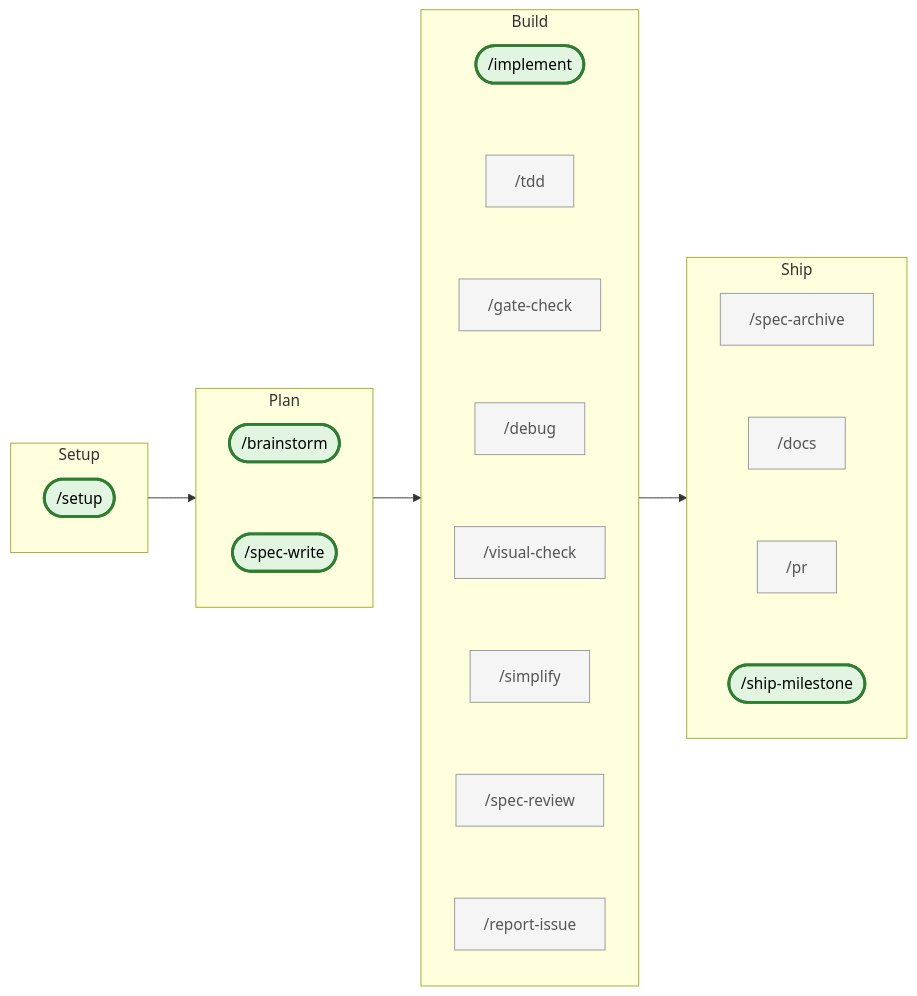
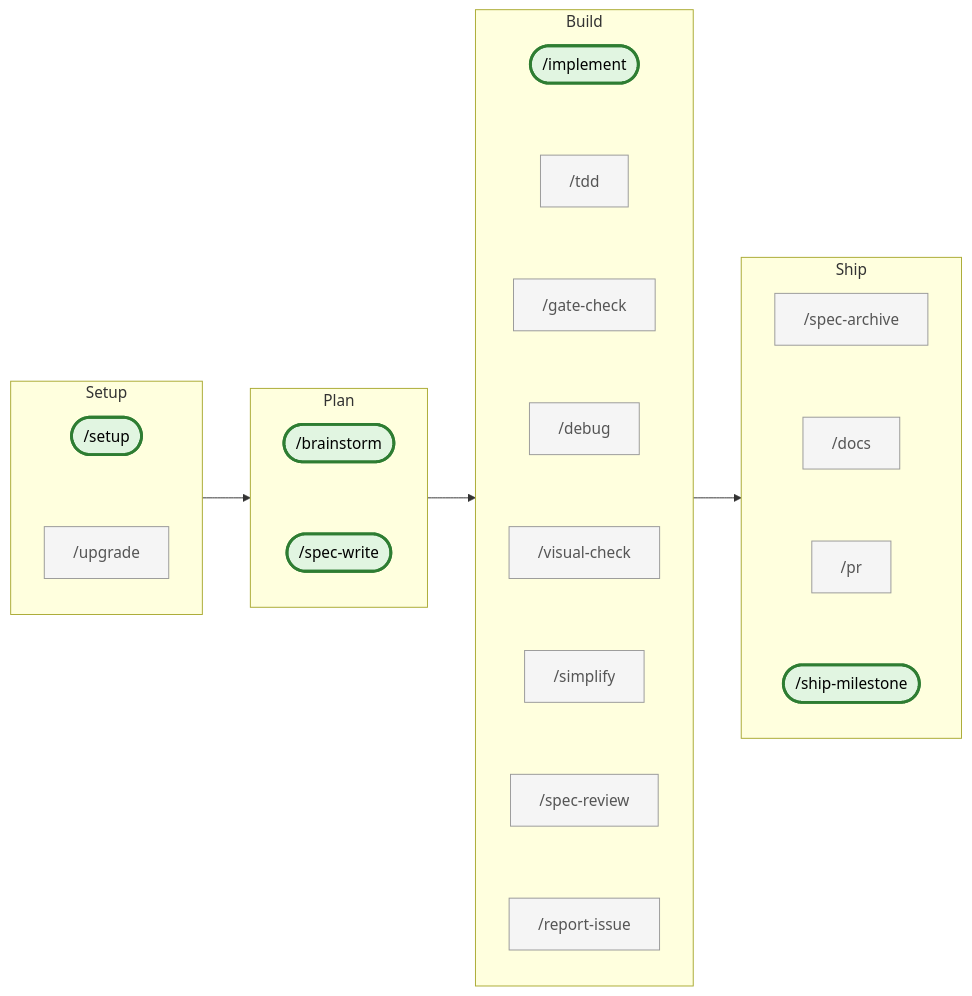
Before and after one commit to nesquikm/dev-process-toolkit: the diagram in README.md, drawn with Mermaid. The commit also changed other lines of this file and 33 other files, not shown here.

````diff
--- a/README.md
+++ b/README.md
@@ -58,46 +62,48 @@
 ```mermaid
 flowchart LR
     classDef spine fill:#e1f5e1,stroke:#2e7d32,stroke-width:3px,color:#000
     classDef secondary fill:#f5f5f5,stroke:#999,stroke-width:1px,color:#555
     subgraph Setup
         direction TB
         setup(["/setup"]):::spine
+        upgrade["/upgrade"]:::secondary
+        setup ~~~ upgrade
     end
     subgraph Plan
         direction TB
         brainstorm(["/brainstorm"]):::spine
         spec_write(["/spec-write"]):::spine
         brainstorm ~~~ spec_write
     end
     subgraph Build
         direction TB
         implement(["/implement"]):::spine
         tdd["/tdd"]:::secondary
         gate_check["/gate-check"]:::secondary
         debug["/debug"]:::secondary
         visual_check["/visual-check"]:::secondary
         simplify["/simplify"]:::secondary
         spec_review["/spec-review"]:::secondary
         report_issue["/report-issue"]:::secondary
         implement ~~~ tdd
         tdd ~~~ gate_check
         gate_check ~~~ debug
         debug ~~~ visual_check
         visual_check ~~~ simplify
         simplify ~~~ spec_review
         spec_review ~~~ report_issue
     end
     subgraph Ship
         direction TB
         spec_archive["/spec-archive"]:::secondary
         docs["/docs"]:::secondary
         pr["/pr"]:::secondary
         ship_milestone(["/ship-milestone"]):::spine
         spec_archive ~~~ docs
         docs ~~~ pr
         pr ~~~ ship_milestone
     end
     Setup --> Plan
     Plan --> Build
     Build --> Ship
 ```
````
